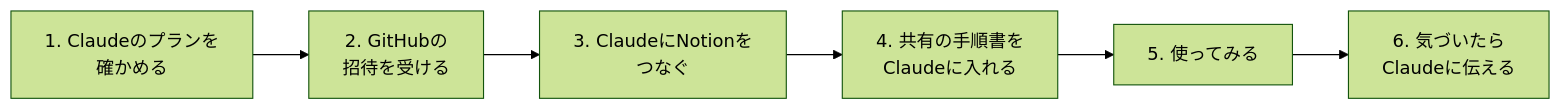
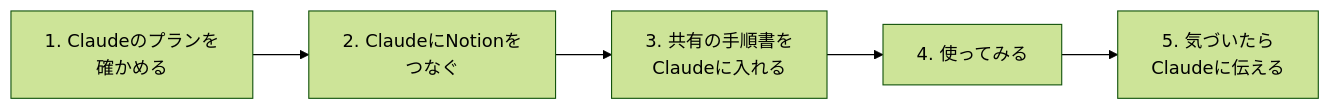
One commit to winegrowers-commons/wine-ai-commons changed the diagram in docs/getting-started.md. Above: the diagram before and after it, drawn with Mermaid (forest theme). The commit also changed other lines of this file and 1 other file, not shown here.

First line of the commit message:
docs: はじめかたを実際の画面に合わせ、GitHubアカウントを任意にする

````diff
--- a/docs/getting-started.md
+++ b/docs/getting-started.md
@@ -9,4 +9,4 @@
 ```mermaid
 flowchart LR
-  A["1. Claudeのプランを<br>確かめる"] --> B["2. GitHubの<br>招待を受ける"] --> C["3. ClaudeにNotionを<br>つなぐ"] --> D["4. 共有の手順書を<br>Claudeに入れる"] --> E["5. 使ってみる"] --> F["6. 気づいたら<br>Claudeに伝える"]
+  A["1. Claudeのプランを<br>確かめる"] --> B["2. ClaudeにNotionを<br>つなぐ"] --> C["3. 共有の手順書を<br>Claudeに入れる"] --> D["4. 使ってみる"] --> E["5. 気づいたら<br>Claudeに伝える"]
 ```
````
